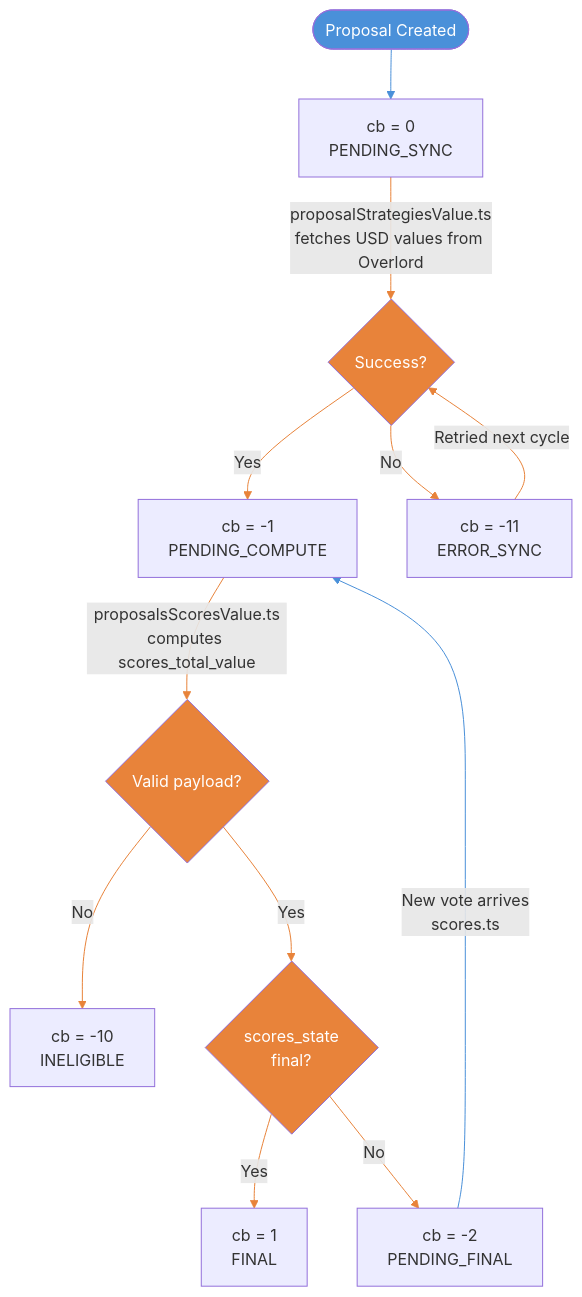
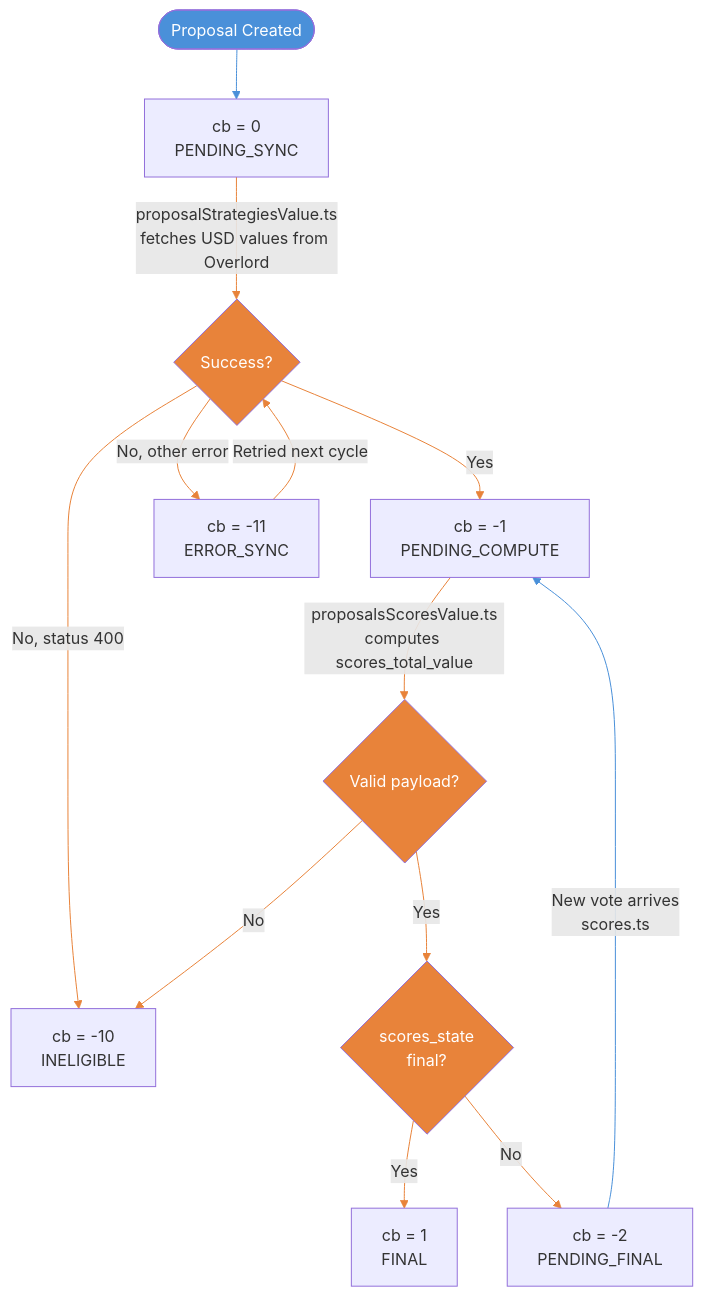
Before and after one commit to snapshot-labs/snapshot-sequencer: the first of 2 diagrams in docs/cb-flow.md, drawn with Mermaid. The commit also changed 2 other files, not shown here.

Commit message:
fix: mark proposals with 400 errors as `INELIGIBLE` (#621)
* fix: mark proposals with 400 errors as ineligible instead of error_sync

Proposals with invalid strategy data (bad addresses, wrong decimals, etc.)
receive HTTP 400 from Overlord which is a permanent payload error. These
were being marked as ERROR_SYNC and retried indefinitely, causing ~72k
proposals to loop and generate 47k+ Sentry errors (SNAPSHOT-SEQUENCER-47).

* fix: log error message instead of error object to avoid "undefined" output

Winston's simple format doesn't serialize Error objects properly,
resulting in "error: undefined" in log output.

* fix: use error.status instead of string matching for 400 detection

Attach HTTP status code to errors thrown by jsonRpcRequest, and use
e.status === 400 instead of fragile e.message string matching.

* docs: update cb-flow diagram with 400 -> INELIGIBLE path

---------

````diff
--- a/docs/cb-flow.md
+++ b/docs/cb-flow.md
@@ -18,25 +18,26 @@
 ```mermaid
 flowchart TD
     A([Proposal Created]):::user --> B["cb = 0<br>PENDING_SYNC"]
     B -->|proposalStrategiesValue.ts<br>fetches USD values from Overlord| C{Success?}
     C -->|Yes| D["cb = -1<br>PENDING_COMPUTE"]
-    C -->|No| E["cb = -11<br>ERROR_SYNC"]
+    C -->|No, status 400| G
+    C -->|No, other error| E["cb = -11<br>ERROR_SYNC"]
     E -->|Retried next cycle| C
     D -->|proposalsScoresValue.ts<br>computes scores_total_value| F{Valid payload?}
     F -->|No| G["cb = -10<br>INELIGIBLE"]
     F -->|Yes| H{scores_state<br>final?}
     H -->|Yes| I["cb = 1<br>FINAL"]
     H -->|No| J["cb = -2<br>PENDING_FINAL"]
     J -->|New vote arrives<br>scores.ts| D
 
     classDef user fill:#4a90d9,color:#fff
     classDef async fill:#e8833a,color:#fff
 
     class A user
     class C,F,H async
     class B,D,E,G,I,J default
 
     linkStyle 0 stroke:#4a90d9
-    linkStyle 1,2,3,4,5,6,7,8,9 stroke:#e8833a
-    linkStyle 10 stroke:#4a90d9
+    linkStyle 1,2,3,4,5,6,7,8,9,10 stroke:#e8833a
+    linkStyle 11 stroke:#4a90d9
 ```
````
